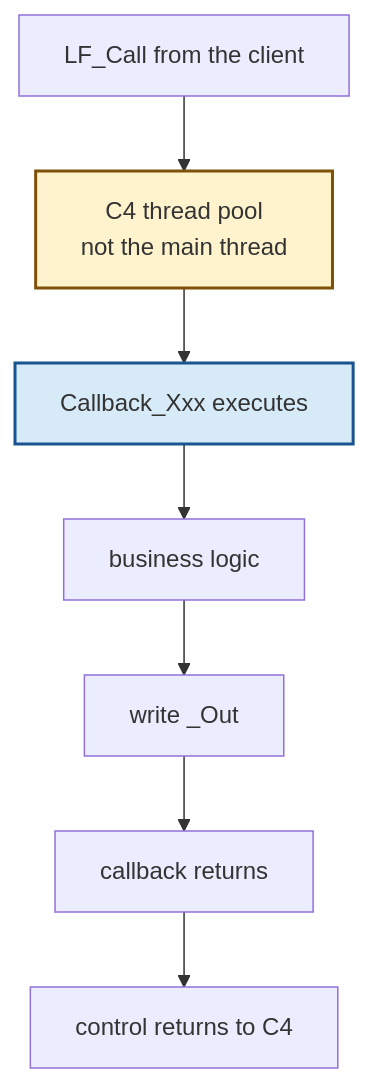
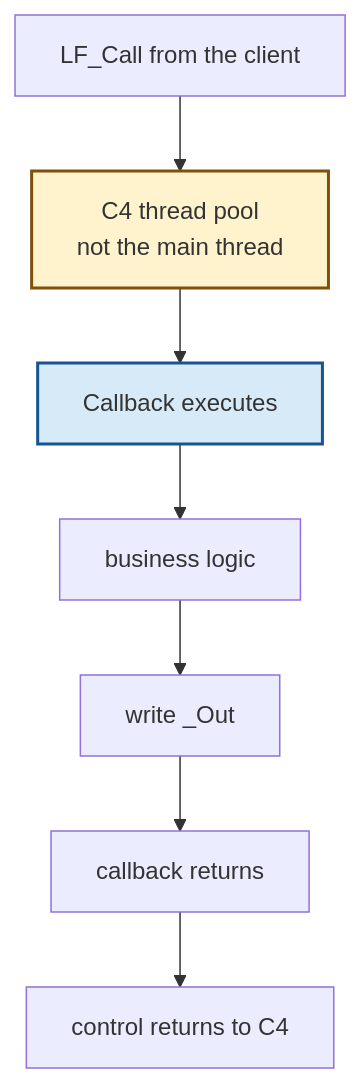
Before and after one commit to PassByYou888/LingoFuse-Tools: the ninth of 13 diagrams in src/pascal_c_to_mcp/MCP_API_Contract.md, drawn with Mermaid. The commit also changed other lines of this file and 35 other files, not shown here.

````diff
--- a/src/pascal_c_to_mcp/MCP_API_Contract.md
+++ b/src/pascal_c_to_mcp/MCP_API_Contract.md
@@ -939,12 +1132,12 @@
 ```mermaid
 flowchart TD
     A["LF_Call from the client"] --> B["C4 thread pool<br/>not the main thread"]
-    B --> C["Callback_Xxx executes"]
+    B --> C["Callback executes"]
     C --> D["business logic"]
     D --> E["write _Out"]
     E --> F["callback returns"]
     F --> G["control returns to C4"]
 
     style B fill:#FFF3CD,stroke:#7E5109,stroke-width:2px
     style C fill:#D6EAF8,stroke:#1A5490,stroke-width:2px
 ```
````
